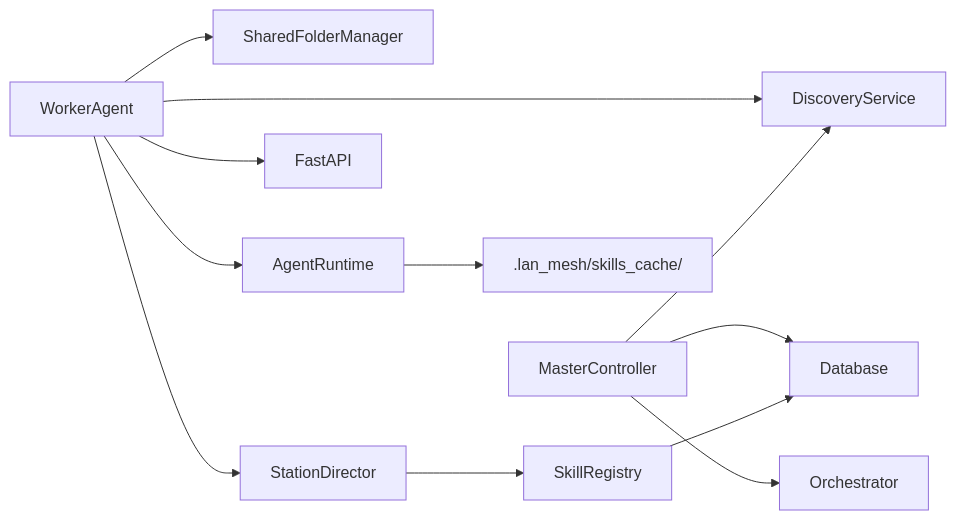
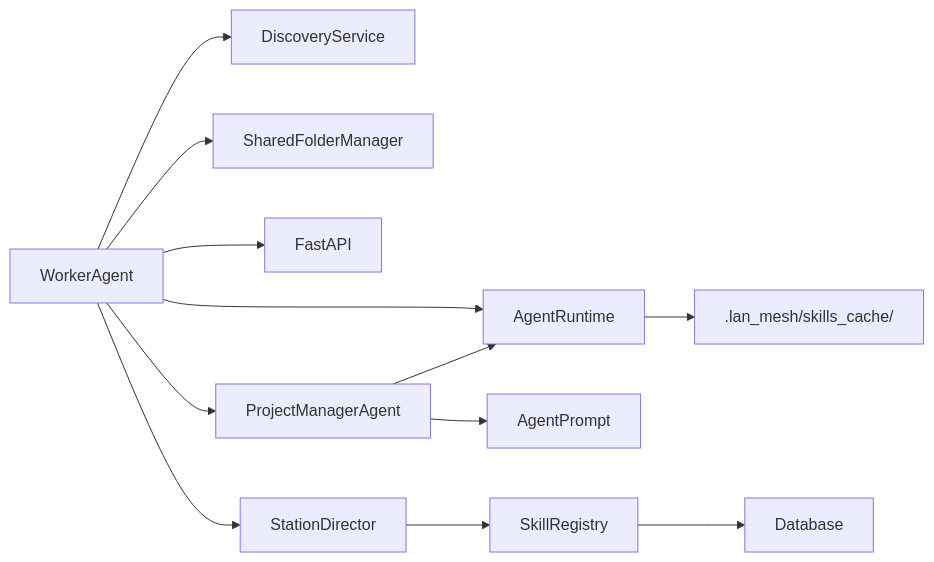
Diagram 14 of 14 in .qoder/repowiki/zh/content/架构设计/Worker 代理/Worker 代理.md (targalian/Personal-distributed-workstation), drawn with Mermaid before and after one commit. The commit also changed other lines of this file and 60 other files, not shown here.

````diff
--- a/.qoder/repowiki/zh/content/架构设计/Worker 代理/Worker 代理.md
+++ b/.qoder/repowiki/zh/content/架构设计/Worker 代理/Worker 代理.md
@@ -502,14 +731,14 @@
 ```mermaid
 graph LR
 WorkerAgent --> DiscoveryService
 WorkerAgent --> SharedFolderManager
 WorkerAgent --> AgentRuntime
 WorkerAgent --> FastAPI
 WorkerAgent --> StationDirector
-MasterController --> Database
-MasterController --> DiscoveryService
-MasterController --> Orchestrator
+WorkerAgent --> ProjectManagerAgent
+ProjectManagerAgent --> AgentRuntime
+ProjectManagerAgent --> AgentPrompt
 AgentRuntime --> SkillsCache[".lan_mesh/skills_cache/"]
 StationDirector --> SkillRegistry
 SkillRegistry --> Database
 ```
````
